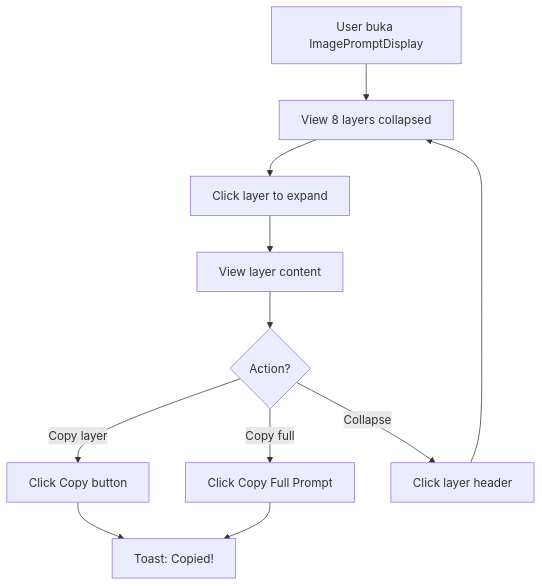
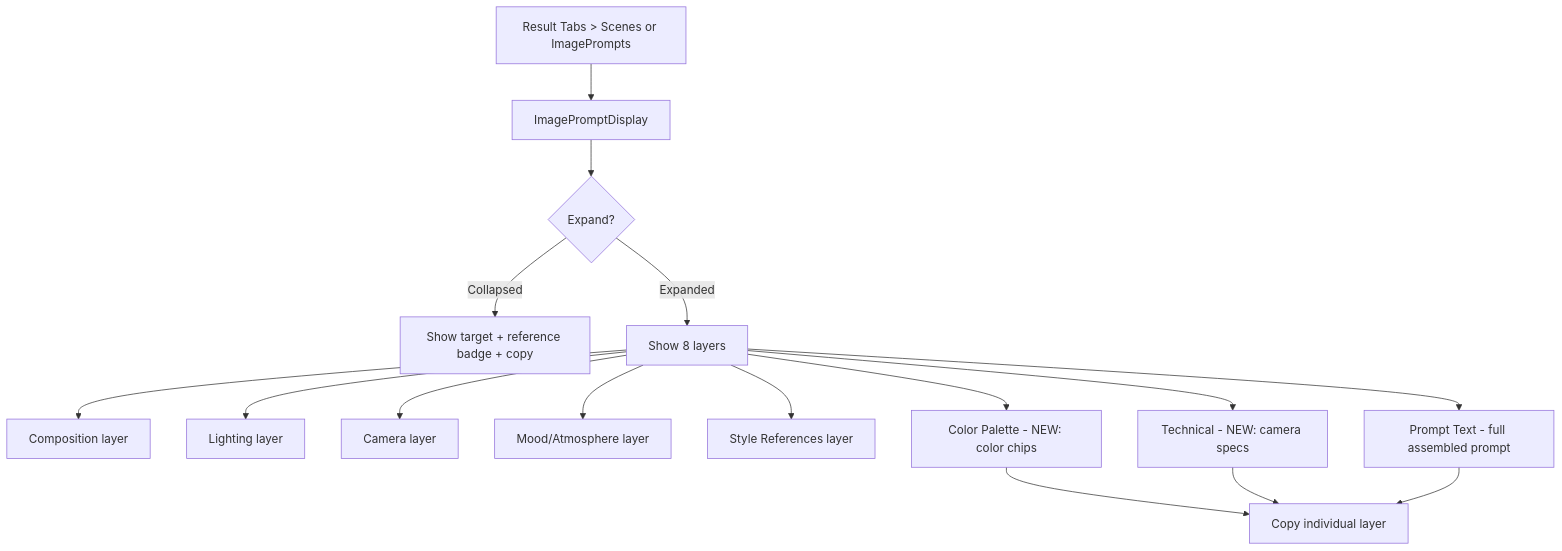
Before and after one commit to agrianwahab29/agrinode-promptflow: the third of 3 diagrams in product-docs/UIUX_SPEC.md, drawn with Mermaid. The commit also changed other lines of this file and 21 other files, not shown here.

````diff
--- a/product-docs/UIUX_SPEC.md
+++ b/product-docs/UIUX_SPEC.md
@@ -611,13 +577,18 @@
 ```mermaid
 flowchart TD
-    A[User buka ImagePromptDisplay] --> B[View 8 layers collapsed]
-    B --> C[Click layer to expand]
-    C --> D[View layer content]
-    D --> E{Action?}
-    E -->|Copy layer| F[Click Copy button]
-    E -->|Copy full| G[Click Copy Full Prompt]
-    E -->|Collapse| H[Click layer header]
-    F --> I[Toast: Copied!]
-    G --> I
-    H --> B
+    A[Result Tabs > Scenes or ImagePrompts] --> B[ImagePromptDisplay]
+    B --> C{Expand?}
+    C -->|Collapsed| D[Show target + reference badge + copy]
+    C -->|Expanded| E[Show 8 layers]
+    E --> L1[Composition layer]
+    E --> L2[Lighting layer]
+    E --> L3[Camera layer]
+    E --> L4[Mood/Atmosphere layer]
+    E --> L5[Style References layer]
+    E --> L6[Color Palette - NEW: color chips]
+    E --> L7[Technical - NEW: camera specs]
+    E --> L8[Prompt Text - full assembled prompt]
+    L6 --> M[Copy individual layer]
+    L7 --> M
+    L8 --> M
 ```
````
